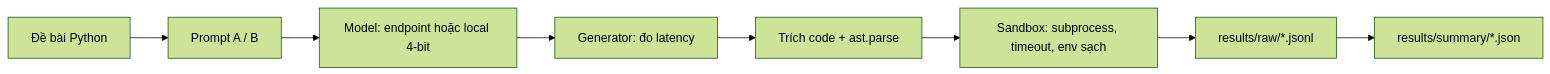
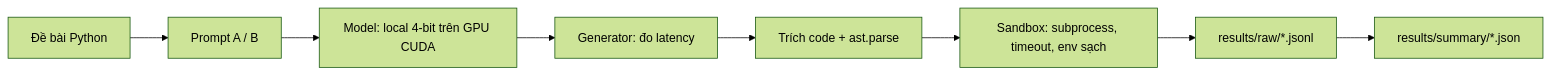
One commit to datkony/llama-code-generation changed the diagram in docs/report_draft.md. Above: the diagram before and after it, drawn with Mermaid (forest theme). The commit also changed other lines of this file and 6 other files, not shown here.

````diff
--- a/docs/report_draft.md
+++ b/docs/report_draft.md
@@ -25,10 +25,10 @@
 ```mermaid
 flowchart LR
     T[Đề bài Python] --> P[Prompt A / B]
-    P --> M[Model: endpoint hoặc local 4-bit]
+    P --> M[Model: local 4-bit trên GPU CUDA]
     M --> G[Generator: đo latency]
     G --> E[Trích code + ast.parse]
     E --> S[Sandbox: subprocess, timeout, env sạch]
     S --> L[results/raw/*.jsonl]
     L --> SUM[results/summary/*.json]
 ```
````
